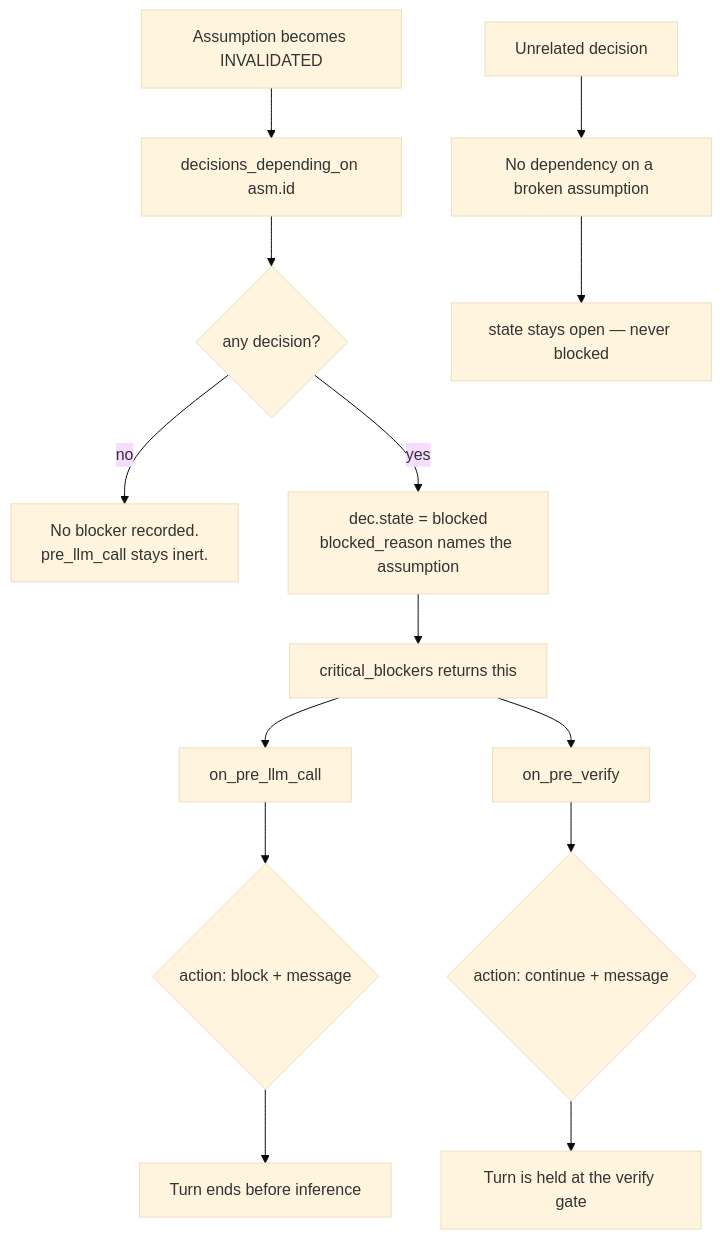
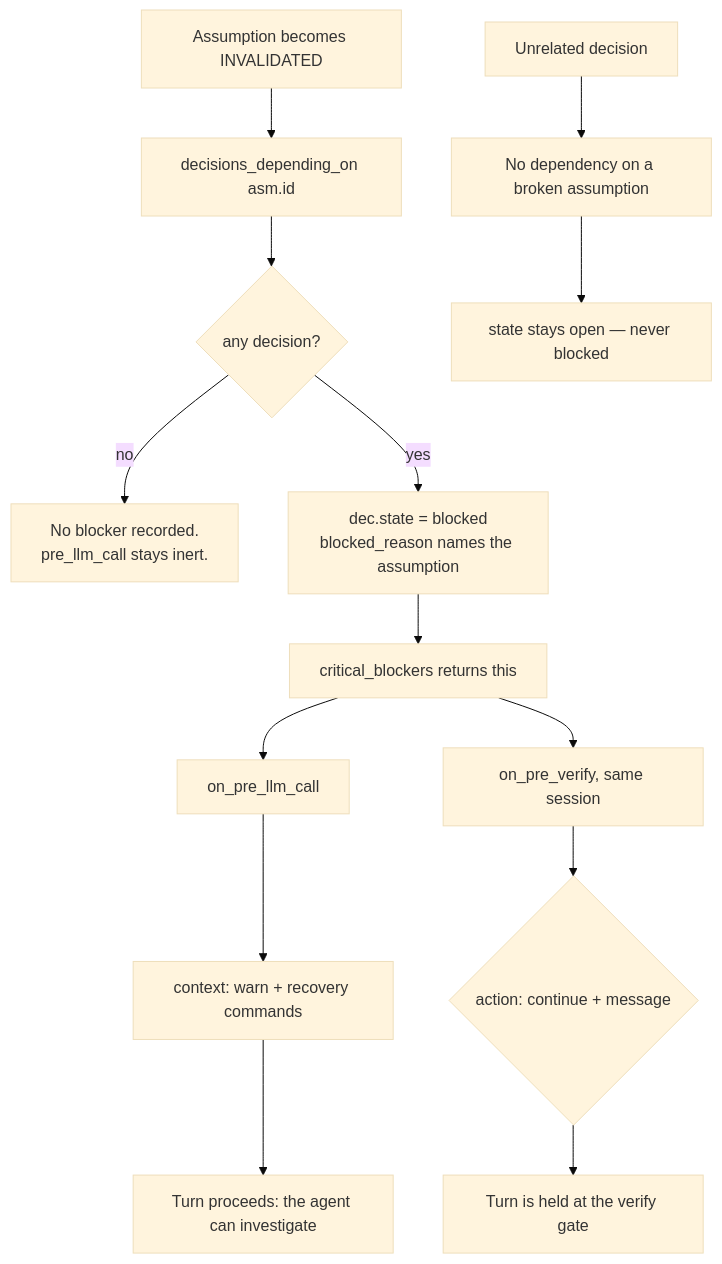
Before and after one commit to itzebe/hermes-assumption-ledger: the fifth of 5 diagrams in docs/ARCHITECTURE.md, drawn with Mermaid (base theme). The commit also changed other lines of this file and 32 other files, not shown here.

````diff
--- a/docs/ARCHITECTURE.md
+++ b/docs/ARCHITECTURE.md
@@ -334,17 +338,17 @@
 ```mermaid
 flowchart TD
     A[Assumption becomes INVALIDATED] --> B[decisions_depending_on asm.id]
     B --> C{any decision?}
     C -->|no| D[No blocker recorded.<br/>pre_llm_call stays inert.]
     C -->|yes| E[dec.state = blocked<br/>blocked_reason names the assumption]
     E --> F[critical_blockers returns this]
     F --> G[on_pre_llm_call]
-    G --> H{action: block + message}
-    H --> I[Turn ends before inference]
-    F --> J[on_pre_verify]
+    G --> H[context: warn + recovery commands]
+    H --> I[Turn proceeds: the agent can investigate]
+    F --> J[on_pre_verify, same session]
     J --> K{action: continue + message}
     K --> L[Turn is held at the verify gate]
 
     N[Unrelated decision] --> O[No dependency on a broken assumption]
     O --> P[state stays open — never blocked]
 ```
````
